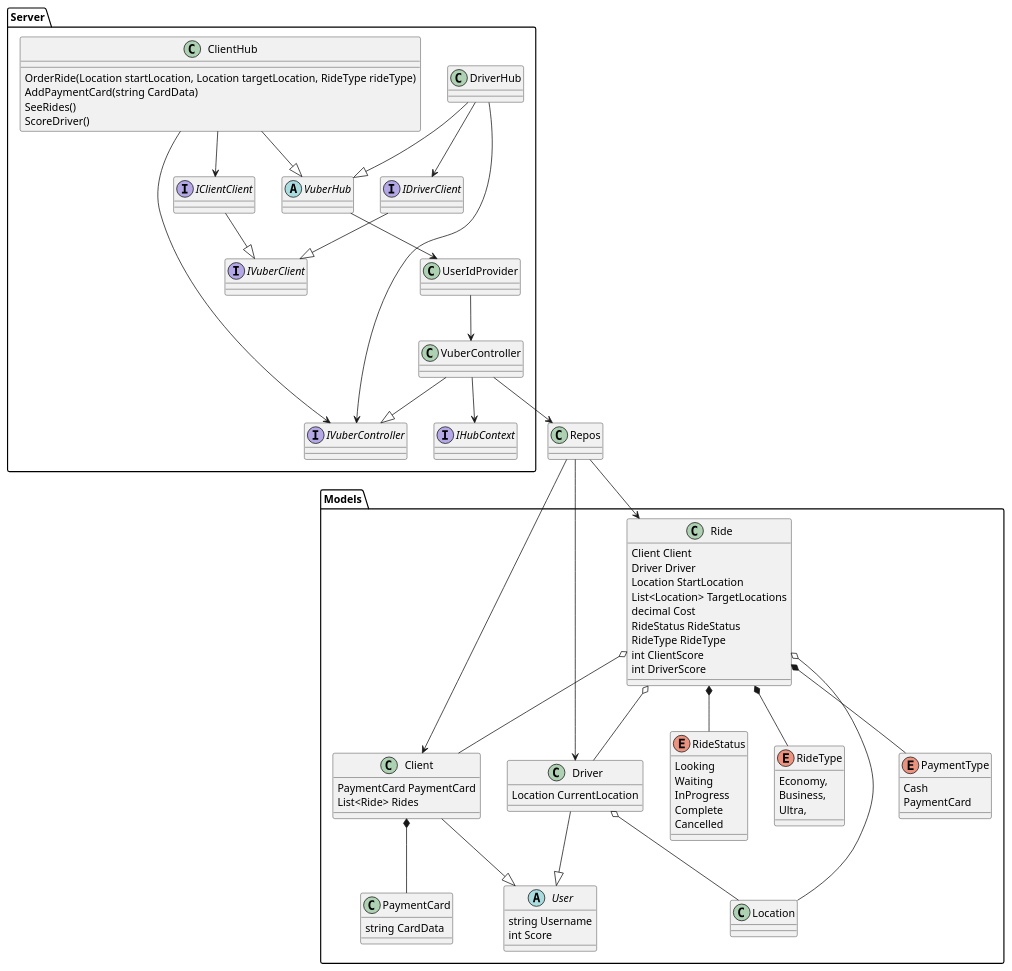
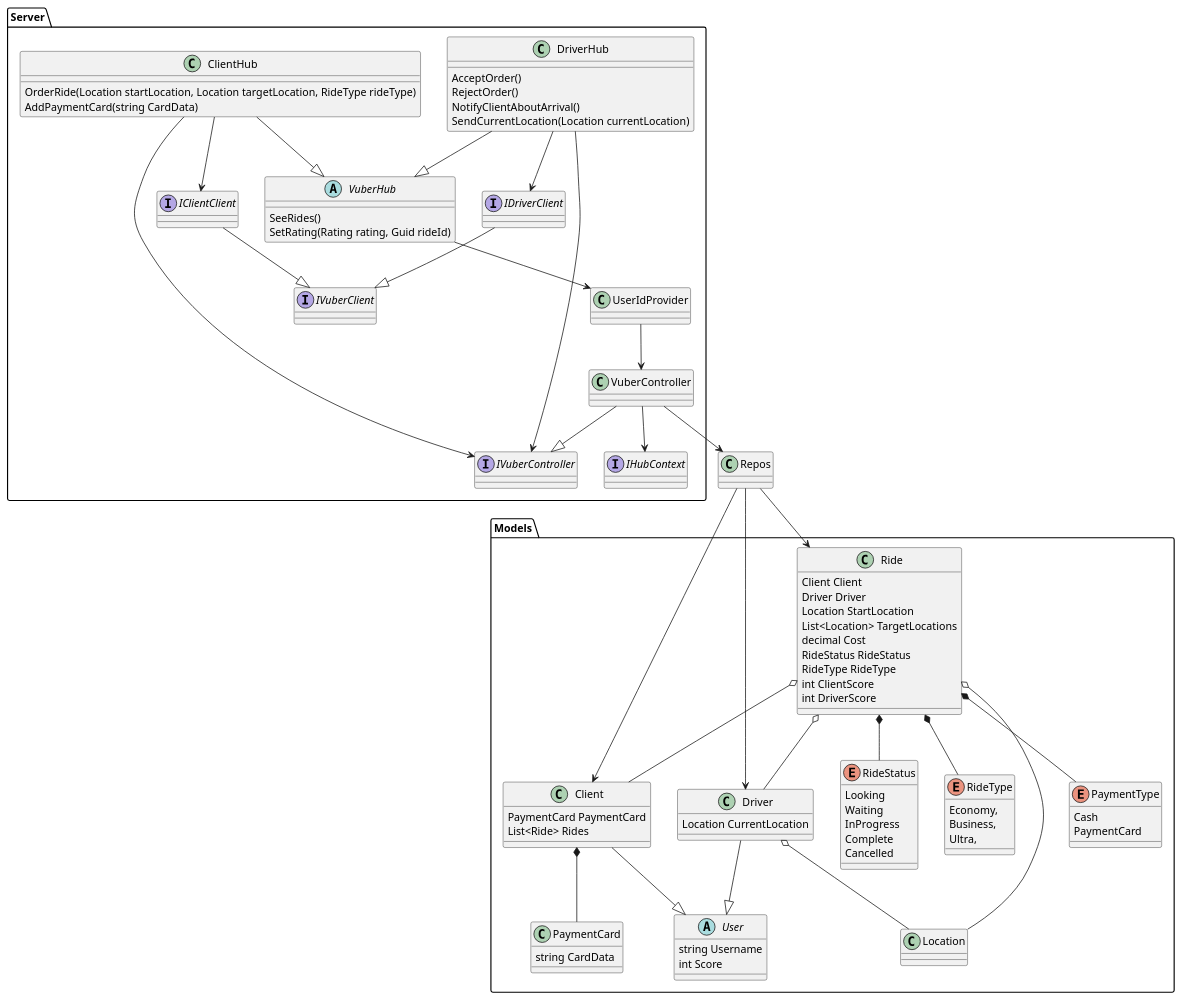
The diagram in docs/exam.puml (MegaBluejay/teamf_vuber), drawn with PlantUML before and after one commit. The commit also changed 3 other files, not shown here.

```diff
--- a/docs/exam.puml
+++ b/docs/exam.puml
@@ -1,103 +1,109 @@
 @startuml
 
 package Models {
         class Location
 
         abstract class User {
                 string Username
                 int Score
         }
         class Client {
                 PaymentCard PaymentCard
                 List<Ride> Rides
         }
         class Driver {
                 Location CurrentLocation
         }
         class PaymentCard {
             string CardData
         }
         
         enum PaymentType{
                 Cash
                 PaymentCard
         }
         enum RideStatus {
                 Looking
                 Waiting
                 InProgress
                 Complete
                 Cancelled
         }
         enum RideType {
                 Economy,
                 Business,
                 Ultra,
         }
         class Ride {
                 Client Client
                 Driver Driver
                 Location StartLocation
                 List<Location> TargetLocations
                 decimal Cost
                 RideStatus RideStatus
                 RideType RideType
                 int ClientScore
                 int DriverScore
         }
 
         Client --|> User
         Driver --|> User
 
         Driver o-- Location
 
         Ride o-- Client
         Ride o-- Driver
         Ride o-- Location
         Ride *-- RideStatus
         Ride *-- RideType
         Ride *-- PaymentType
         Client *-- PaymentCard
 }
 
 class Repos
 Repos --> Client
 Repos --> Driver
 Repos --> Ride
 
 
 package Server {
         interface IVuberController
         interface IHubContext
         class VuberController
         VuberController --|> IVuberController
         VuberController --> Repos
         VuberController --> IHubContext
 
-        abstract class VuberHub
+        abstract class VuberHub{
+                SeeRides()
+                SetRating(Rating rating, Guid rideId)
+        }
         class ClientHub{
                 OrderRide(Location startLocation, Location targetLocation, RideType rideType)
                 AddPaymentCard(string CardData)
-                SeeRides()
-                ScoreDriver()
         }
-        class DriverHub
+        class DriverHub{
+                AcceptOrder()
+                RejectOrder()
+                NotifyClientAboutArrival()
+                SendCurrentLocation(Location currentLocation)
+        }
         ClientHub --|> VuberHub
         DriverHub --|> VuberHub
         ClientHub --> IVuberController
         DriverHub --> IVuberController
 
         class UserIdProvider
         UserIdProvider --> VuberController
         VuberHub --> UserIdProvider
 
         interface IVuberClient
         interface IClientClient
         interface IDriverClient
         IClientClient --|> IVuberClient
         IDriverClient --|> IVuberClient
         ClientHub --> IClientClient
         DriverHub --> IDriverClient
 }
 
 @enduml
```
